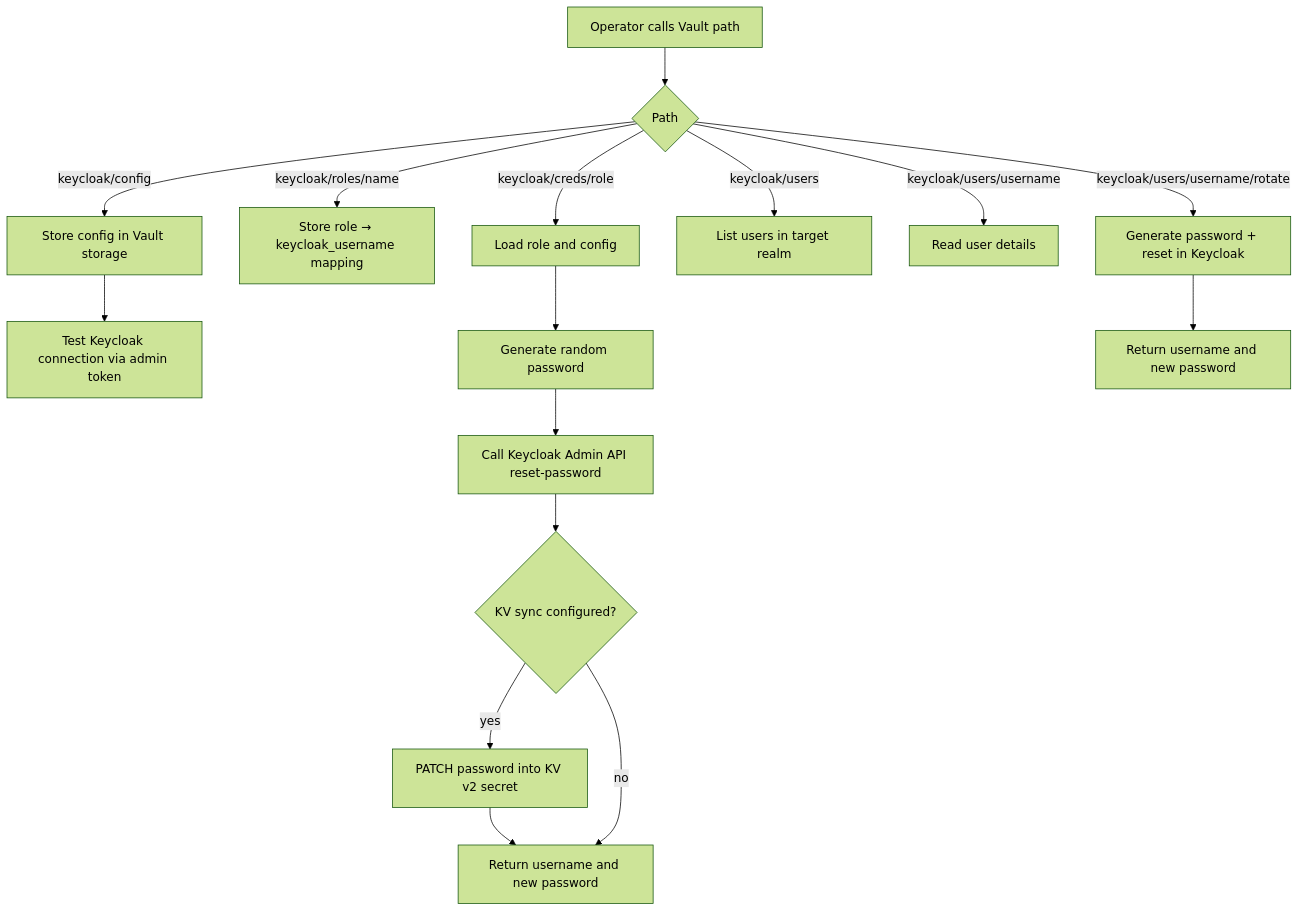
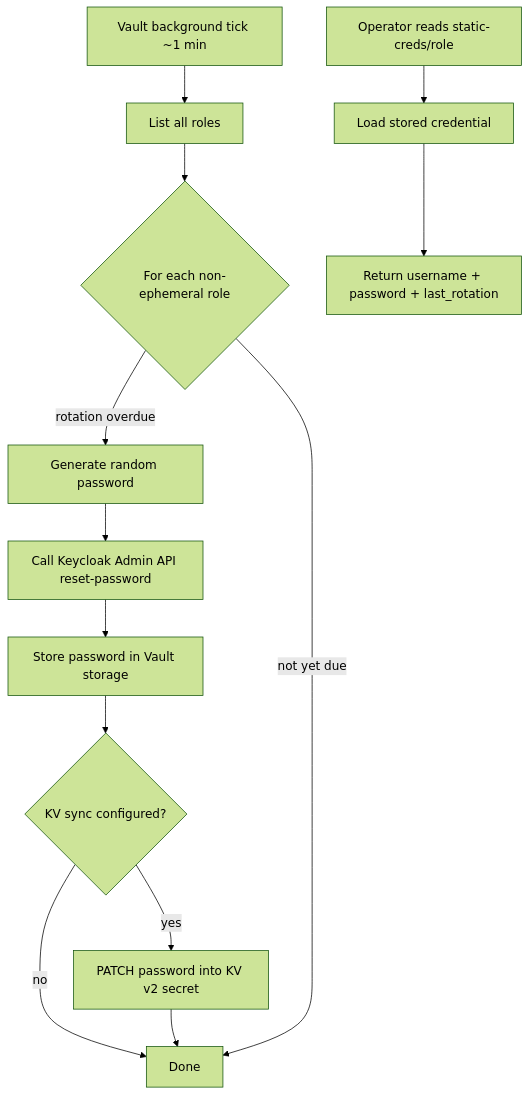
Before and after one commit to RoFz/vault-plugin-secrets-keycloak: the first of 3 diagrams in README.md, drawn with Mermaid (forest theme). The commit also changed other lines of this file and 9 other files, not shown here.

First line of the commit message:
feat(autorotation): add static roles with background autorotation

````diff
--- a/README.md
+++ b/README.md
@@ -82,18 +88,16 @@
 ```mermaid
 flowchart TD
-  A[Operator calls Vault path] --> B{Path}
-  B -->|keycloak/config| C[Store config in Vault storage]
-  C --> D[Test Keycloak connection via admin token]
-  B -->|keycloak/roles/name| E[Store role → keycloak_username mapping]
-  B -->|keycloak/creds/role| F[Load role and config]
-  F --> G[Generate random password]
-  G --> H[Call Keycloak Admin API reset-password]
-  H --> I{KV sync configured?}
-  I -->|yes| I2[PATCH password into KV v2 secret]
-  I2 --> I3[Return username and new password]
-  I -->|no| I3
-  B -->|keycloak/users| J[List users in target realm]
-  B -->|keycloak/users/username| K[Read user details]
-  B -->|keycloak/users/username/rotate| L[Generate password + reset in Keycloak]
-  L --> M[Return username and new password]
+  A[Vault background tick ~1 min] --> B[List all roles]
+  B --> C{For each non-ephemeral role}
+  C -->|rotation overdue| D[Generate random password]
+  D --> E[Call Keycloak Admin API reset-password]
+  E --> F[Store password in Vault storage]
+  F --> G{KV sync configured?}
+  G -->|yes| H[PATCH password into KV v2 secret]
+  G -->|no| I[Done]
+  H --> I
+  C -->|not yet due| I
+
+  J[Operator reads static-creds/role] --> K[Load stored credential]
+  K --> L[Return username + password + last_rotation]
 ```
````
